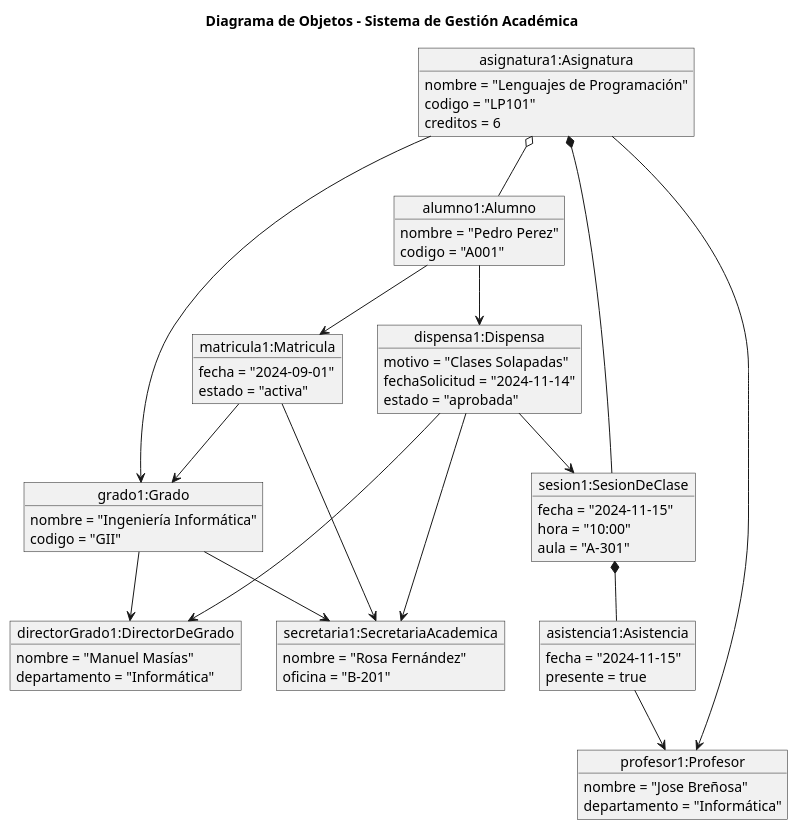
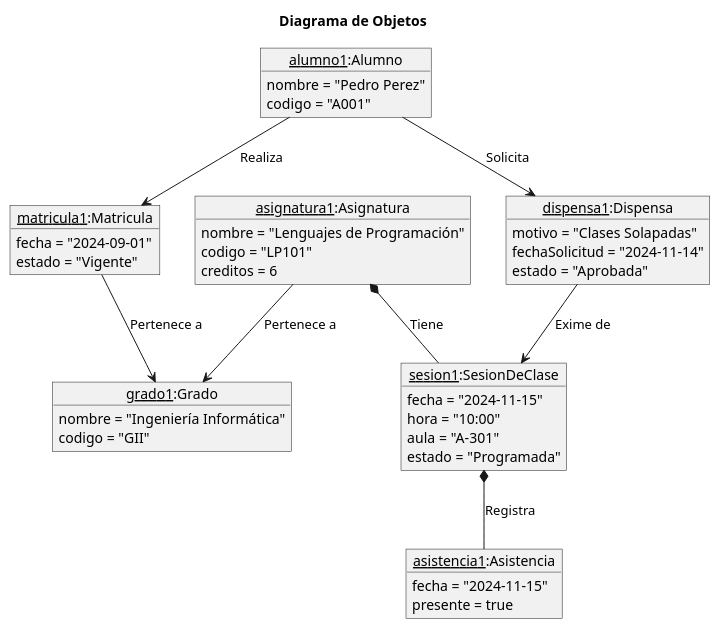
Before and after one commit to enmabry/25-26-IdSw1-SdR: the diagram in documents/ModeloDelDominio/DiagramaDeObjetos/DiagramaDeObjetos.puml, drawn with PlantUML. The commit also changed 21 other files, not shown here.

```diff
--- a/documents/ModeloDelDominio/DiagramaDeObjetos/DiagramaDeObjetos.puml
+++ b/documents/ModeloDelDominio/DiagramaDeObjetos/DiagramaDeObjetos.puml
@@ -1,83 +1,58 @@
 @startuml
-
-title Diagrama de Objetos - Sistema de Gestión Académica
+title Diagrama de Objetos
+skinparam style strictuml
 
 ' --- INSTANCIACIÓN DE OBJETOS ---
 
 object "alumno1:Alumno" as alumno1 {
     nombre = "Pedro Perez"
     codigo = "A001"
 }
 
 object "matricula1:Matricula" as matricula1 {
     fecha = "2024-09-01"
-    estado = "activa"
+    estado = "Vigente"
 }
 
 object "grado1:Grado" as grado1 {
     nombre = "Ingeniería Informática"
     codigo = "GII"
 }
 
 object "asignatura1:Asignatura" as asignatura1 {
     nombre = "Lenguajes de Programación"
     codigo = "LP101"
     creditos = 6
 }
 
-object "profesor1:Profesor" as profesor1 {
-    nombre = "Jose Breñosa"
-    departamento = "Informática"
-}
-
-object "directorGrado1:DirectorDeGrado" as directorGrado1 {
-    nombre = "Manuel Masías"
-    departamento = "Informática"
-}
-
-object "secretaria1:SecretariaAcademica" as secretaria1 {
-    nombre = "Rosa Fernández"
-    oficina = "B-201"
-}
-
 object "sesion1:SesionDeClase" as sesion1 {
     fecha = "2024-11-15"
     hora = "10:00"
     aula = "A-301"
+    estado = "Programada"
 }
 
 object "asistencia1:Asistencia" as asistencia1 {
     fecha = "2024-11-15"
     presente = true
 }
 
 object "dispensa1:Dispensa" as dispensa1 {
     motivo = "Clases Solapadas"
     fechaSolicitud = "2024-11-14"
-    estado = "aprobada"
+    estado = "Aprobada"
 }
 
 ' --- RELACIONES EN UN ESCENARIO CONCRETO ---
 
-alumno1 --> matricula1
-matricula1 --> grado1
-matricula1 --> secretaria1
+alumno1 --> matricula1 : Realiza
+alumno1 --> dispensa1 : Solicita
 
-asignatura1 --> grado1
-asignatura1 --> profesor1
+matricula1 --> grado1 : Pertenece a
 
-' Relación directa corregida: La asignatura contiene matriculado al alumno '
-asignatura1 o-- alumno1
+asignatura1 --> grado1 : Pertenece a
+asignatura1 *-- sesion1 : Tiene
 
-asignatura1 *-- sesion1
-sesion1 *-- asistencia1
-asistencia1 --> profesor1
-
-alumno1 --> dispensa1
-dispensa1 --> sesion1
-dispensa1 --> directorGrado1
-dispensa1 --> secretaria1
-
-grado1 --> directorGrado1
-grado1 --> secretaria1
+sesion1 *-- asistencia1 : Registra
+dispensa1 --> sesion1 : Exime de
 @enduml
```
